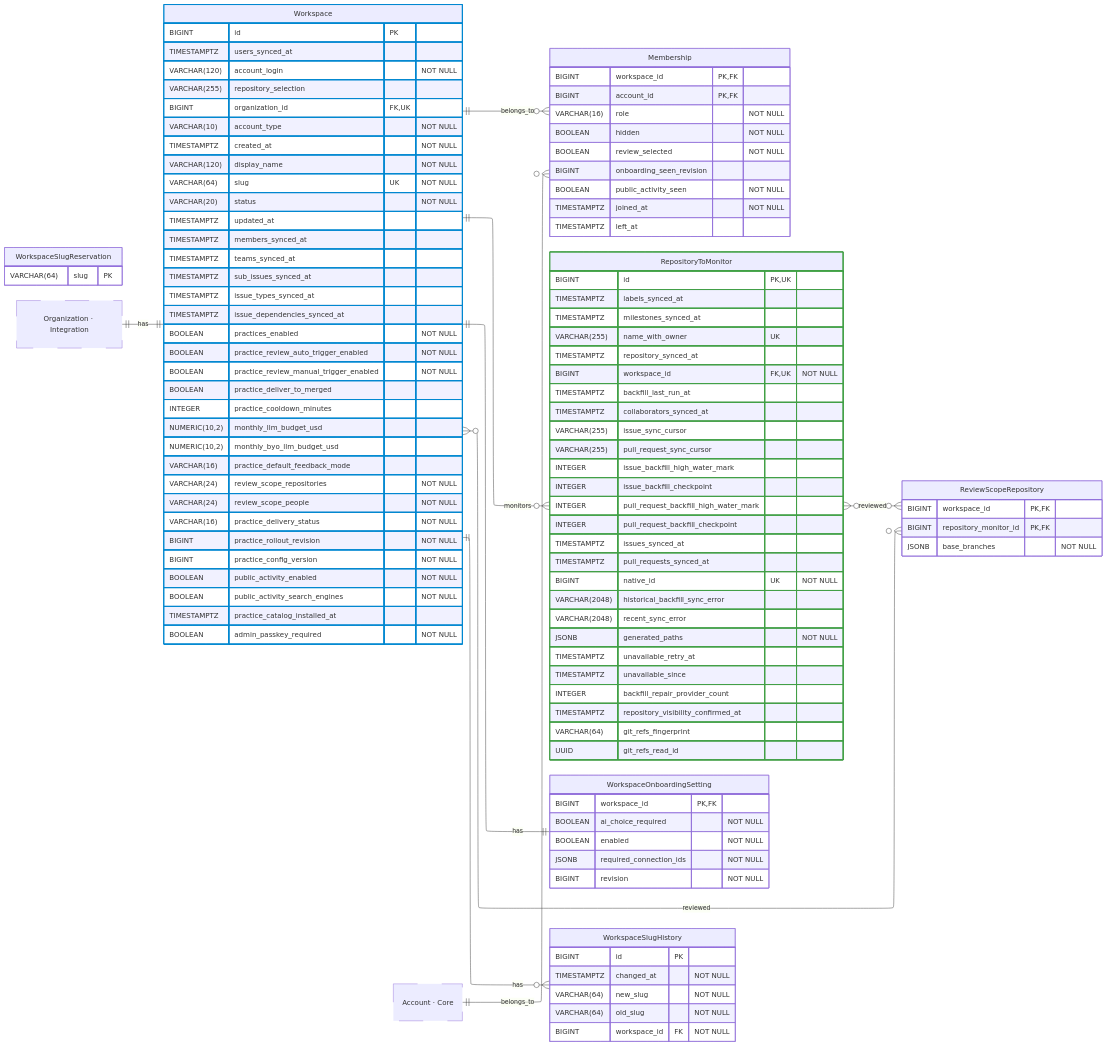
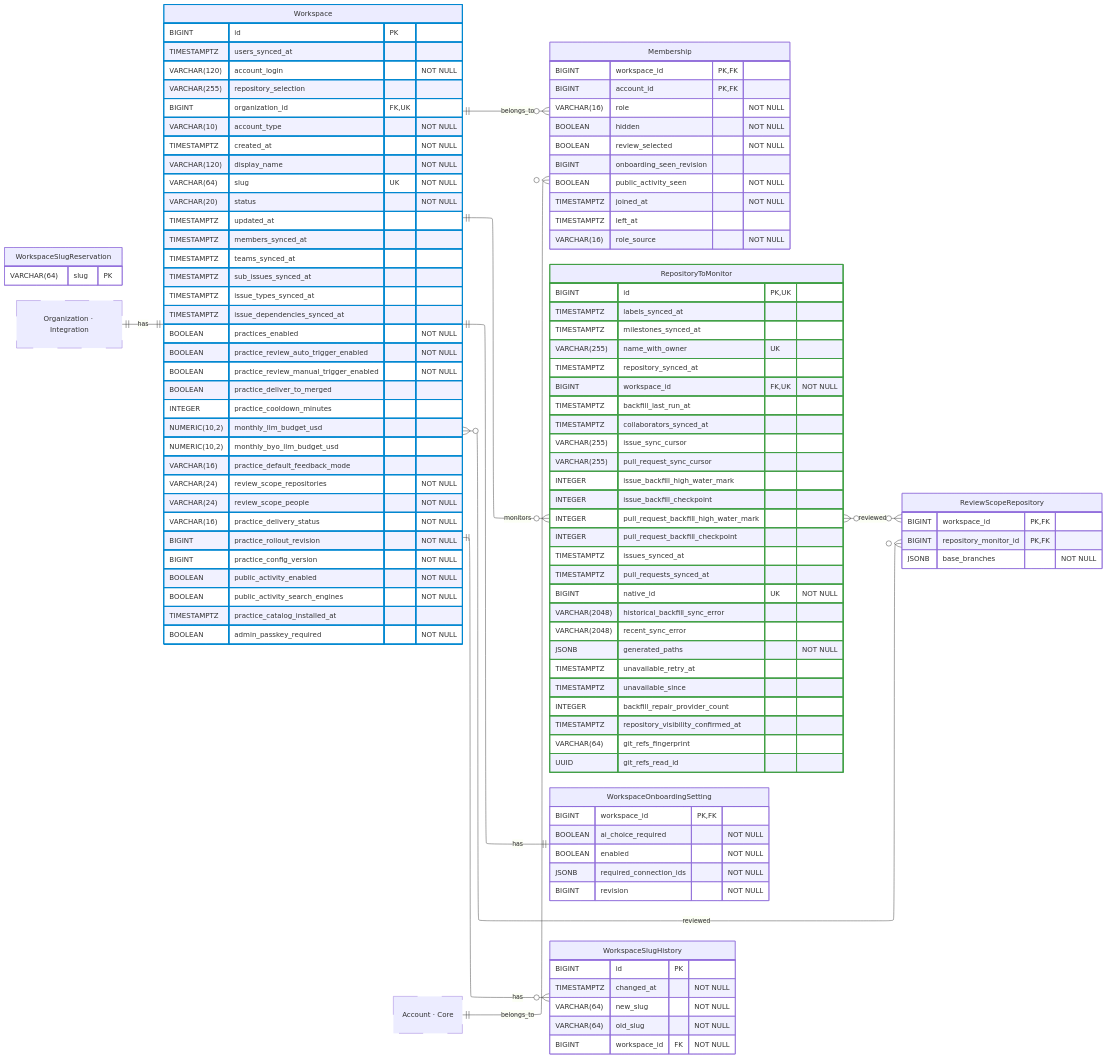
The diagram in docs/contributor/erd/workspace.mmd (hephaestus-build/Hephaestus), drawn with Mermaid before and after one commit. The commit also changed 41 other files, not shown here.

```diff
--- a/docs/contributor/erd/workspace.mmd
+++ b/docs/contributor/erd/workspace.mmd
@@ -1,142 +1,143 @@
 ---
 config:
     layout: elk
 ---
 erDiagram
     %% Generated automatically from PostgreSQL database schema
     %% using scripts/generate-mermaid-erd.ts
     %% To regenerate: vp run db:generate-erd-docs
 
     direction LR
 
     Membership {
         BIGINT workspace_id PK,FK
         BIGINT account_id PK,FK
         VARCHAR(16) role "NOT NULL"
         BOOLEAN hidden "NOT NULL"
         BOOLEAN review_selected "NOT NULL"
         BIGINT onboarding_seen_revision
         BOOLEAN public_activity_seen "NOT NULL"
         TIMESTAMPTZ joined_at "NOT NULL"
         TIMESTAMPTZ left_at
+        VARCHAR(16) role_source "NOT NULL"
     }
 
     RepositoryToMonitor {
         BIGINT id PK,UK
         TIMESTAMPTZ labels_synced_at
         TIMESTAMPTZ milestones_synced_at
         VARCHAR(255) name_with_owner UK
         TIMESTAMPTZ repository_synced_at
         BIGINT workspace_id FK,UK "NOT NULL"
         TIMESTAMPTZ backfill_last_run_at
         TIMESTAMPTZ collaborators_synced_at
         VARCHAR(255) issue_sync_cursor
         VARCHAR(255) pull_request_sync_cursor
         INTEGER issue_backfill_high_water_mark
         INTEGER issue_backfill_checkpoint
         INTEGER pull_request_backfill_high_water_mark
         INTEGER pull_request_backfill_checkpoint
         TIMESTAMPTZ issues_synced_at
         TIMESTAMPTZ pull_requests_synced_at
         BIGINT native_id UK "NOT NULL"
         VARCHAR(2048) historical_backfill_sync_error
         VARCHAR(2048) recent_sync_error
         JSONB generated_paths "NOT NULL"
         TIMESTAMPTZ unavailable_retry_at
         TIMESTAMPTZ unavailable_since
         INTEGER backfill_repair_provider_count
         TIMESTAMPTZ repository_visibility_confirmed_at
         VARCHAR(64) git_refs_fingerprint
         UUID git_refs_read_id
     }
 
     ReviewScopeRepository {
         BIGINT workspace_id PK,FK
         BIGINT repository_monitor_id PK,FK
         JSONB base_branches "NOT NULL"
     }
 
     Workspace {
         BIGINT id PK
         TIMESTAMPTZ users_synced_at
         VARCHAR(120) account_login "NOT NULL"
         VARCHAR(255) repository_selection
         BIGINT organization_id FK,UK
         VARCHAR(10) account_type "NOT NULL"
         TIMESTAMPTZ created_at "NOT NULL"
         VARCHAR(120) display_name "NOT NULL"
         VARCHAR(64) slug UK "NOT NULL"
         VARCHAR(20) status "NOT NULL"
         TIMESTAMPTZ updated_at
         TIMESTAMPTZ members_synced_at
         TIMESTAMPTZ teams_synced_at
         TIMESTAMPTZ sub_issues_synced_at
         TIMESTAMPTZ issue_types_synced_at
         TIMESTAMPTZ issue_dependencies_synced_at
         BOOLEAN practices_enabled "NOT NULL"
         BOOLEAN practice_review_auto_trigger_enabled "NOT NULL"
         BOOLEAN practice_review_manual_trigger_enabled "NOT NULL"
         BOOLEAN practice_deliver_to_merged
         INTEGER practice_cooldown_minutes
         NUMERIC(10,2) monthly_llm_budget_usd
         NUMERIC(10,2) monthly_byo_llm_budget_usd
         VARCHAR(16) practice_default_feedback_mode
         VARCHAR(24) review_scope_repositories "NOT NULL"
         VARCHAR(24) review_scope_people "NOT NULL"
         VARCHAR(16) practice_delivery_status "NOT NULL"
         BIGINT practice_rollout_revision "NOT NULL"
         BIGINT practice_config_version "NOT NULL"
         BOOLEAN public_activity_enabled "NOT NULL"
         BOOLEAN public_activity_search_engines "NOT NULL"
         TIMESTAMPTZ practice_catalog_installed_at
         BOOLEAN admin_passkey_required "NOT NULL"
     }
 
     WorkspaceOnboardingSetting {
         BIGINT workspace_id PK,FK
         BOOLEAN ai_choice_required "NOT NULL"
         BOOLEAN enabled "NOT NULL"
         JSONB required_connection_ids "NOT NULL"
         BIGINT revision "NOT NULL"
     }
 
     WorkspaceSlugHistory {
         BIGINT id PK
         TIMESTAMPTZ changed_at "NOT NULL"
         VARCHAR(64) new_slug "NOT NULL"
         VARCHAR(64) old_slug "NOT NULL"
         BIGINT workspace_id FK "NOT NULL"
     }
 
     WorkspaceSlugReservation {
         VARCHAR(64) slug PK
     }
 
     Account["Account · Core"]
     Organization["Organization · Integration"]
 
     %% Relationships
     %% One-to-One relationships
     Organization ||--|| Workspace : has
     Workspace ||--|| WorkspaceOnboardingSetting : has
 
     %% One-to-Many relationships
     Account ||--o{ Membership : belongs_to
     Workspace ||--o{ Membership : belongs_to
     Workspace ||--o{ RepositoryToMonitor : monitors
     Workspace ||--o{ WorkspaceSlugHistory : has
 
     %% Many-to-Many relationships
     RepositoryToMonitor }o--o{ ReviewScopeRepository : reviewed
     Workspace }o--o{ ReviewScopeRepository : reviewed
 
     %% Styling
     classDef primaryEntity stroke:#0288d1,stroke-width:2px
     classDef associationEntity stroke:#8e24aa,stroke-width:2px
     classDef metadataEntity stroke:#43a047,stroke-width:2px
     classDef referenceEntity stroke-dasharray:5 5
 
     class Account referenceEntity
     class Organization referenceEntity
     class RepositoryToMonitor metadataEntity
     class Workspace primaryEntity
```
